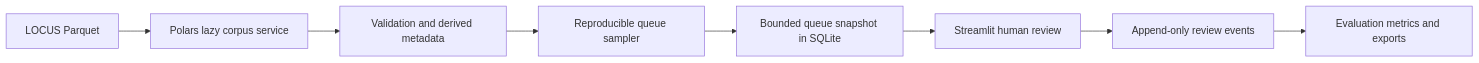
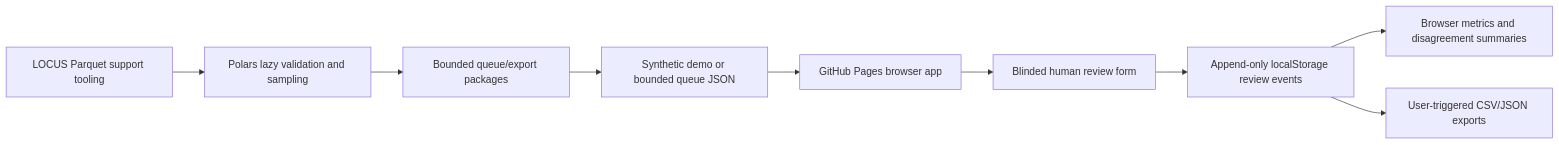
One commit to evcatalyst/evolocus changed the diagram in docs/architecture.md. Above: the diagram before and after it, drawn with Mermaid. The commit also changed other lines of this file and 15 other files, not shown here.

Commit message:
feat: make GitHub Pages the primary evaluator surface

````diff
--- a/docs/architecture.md
+++ b/docs/architecture.md
@@ -7,10 +7,11 @@
 ```mermaid
 flowchart LR
-  A["LOCUS Parquet"] --> B["Polars lazy corpus service"]
-  B --> C["Validation and derived metadata"]
-  C --> D["Reproducible queue sampler"]
-  D --> E["Bounded queue snapshot in SQLite"]
-  E --> F["Streamlit human review"]
-  F --> G["Append-only review events"]
-  G --> H["Evaluation metrics and exports"]
+  A["Synthetic demo or bounded queue JSON"] --> B["GitHub Pages browser app"]
+  B --> C["Blinded human review form"]
+  C --> D["Append-only localStorage review events"]
+  D --> E["Browser metrics and disagreement summaries"]
+  D --> F["User-triggered CSV/JSON exports"]
+  G["LOCUS Parquet support tooling"] --> H["Polars lazy validation and sampling"]
+  H --> I["Bounded queue/export packages"]
+  I --> A
 ```
````
